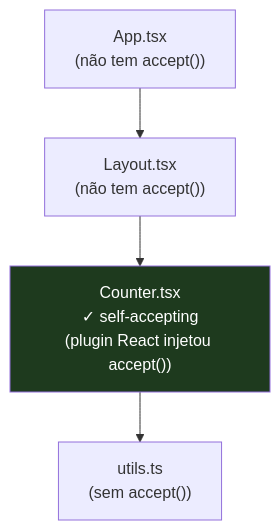
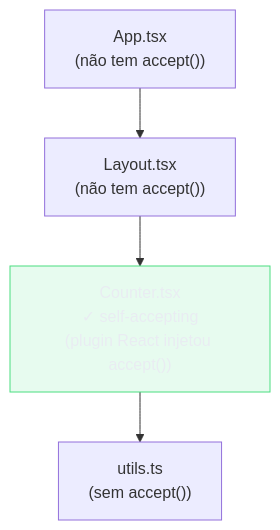
One commit to josenaldo/codex-technomanticus changed the sixth of 9 diagrams in 03-Dominios/Tecnologia/Tooling e Build/09 - Dev server e HMR.md. Above: the diagram before and after it, drawn with Mermaid. The commit also changed other lines of this file and 1181 other files, not shown here.

First line of the commit message:
fix(diagramas): paleta do sistema no lugar de cor cravada no markdown

````diff
--- a/03-Dominios/Tecnologia/Tooling e Build/09 - Dev server e HMR.md
+++ b/03-Dominios/Tecnologia/Tooling e Build/09 - Dev server e HMR.md
@@ -239,13 +245,14 @@
 ```mermaid
 graph TD
+    classDef ok fill:#4ADE8021,stroke:#4ADE80,color:#E9ECF2
     A["App.tsx\n(não tem accept())"]
     B["Layout.tsx\n(não tem accept())"]
     C["Counter.tsx\n✓ self-accepting\n(plugin React injetou accept())"]
     D["utils.ts\n(sem accept())"]
 
     A --> B
     B --> C
     C --> D
 
-    style C fill:#1e3a1e,color:#fff
+    class C ok
 ```
````
